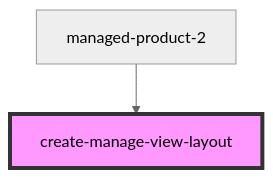
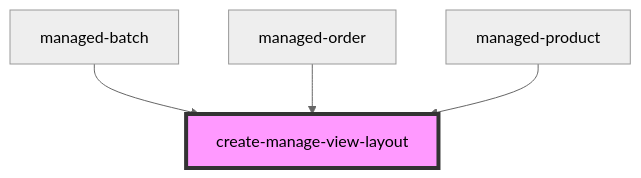
The diagram in pdm-web-components/src/components/create-manage-view-layout/readme.md (PharmaLedger-IMI/fgt-workspace), drawn with Mermaid (neutral theme) before and after one commit. The commit also changed other lines of this file and 20 other files, not shown here.

````diff
--- a/pdm-web-components/src/components/create-manage-view-layout/readme.md
+++ b/pdm-web-components/src/components/create-manage-view-layout/readme.md
@@ -60,5 +61,7 @@
 ```mermaid
 graph TD;
-  managed-product-2 --> create-manage-view-layout
+  managed-batch --> create-manage-view-layout
+  managed-order --> create-manage-view-layout
+  managed-product --> create-manage-view-layout
   style create-manage-view-layout fill:#f9f,stroke:#333,stroke-width:4px
 ```
````
